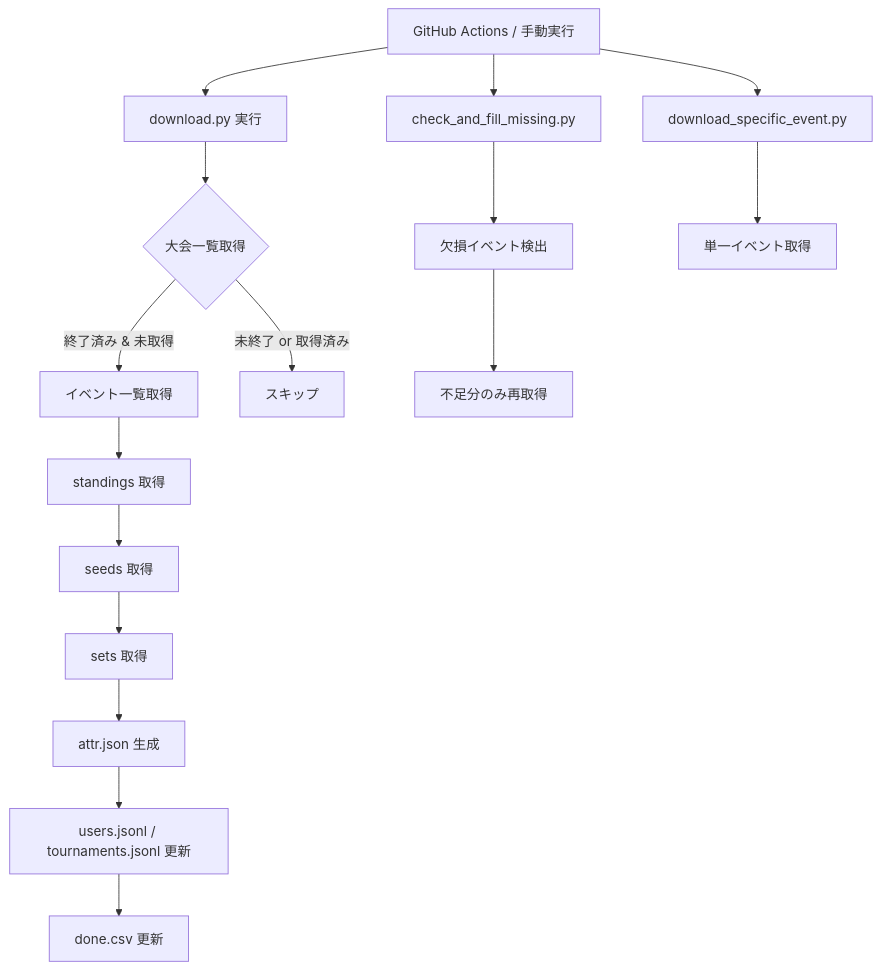
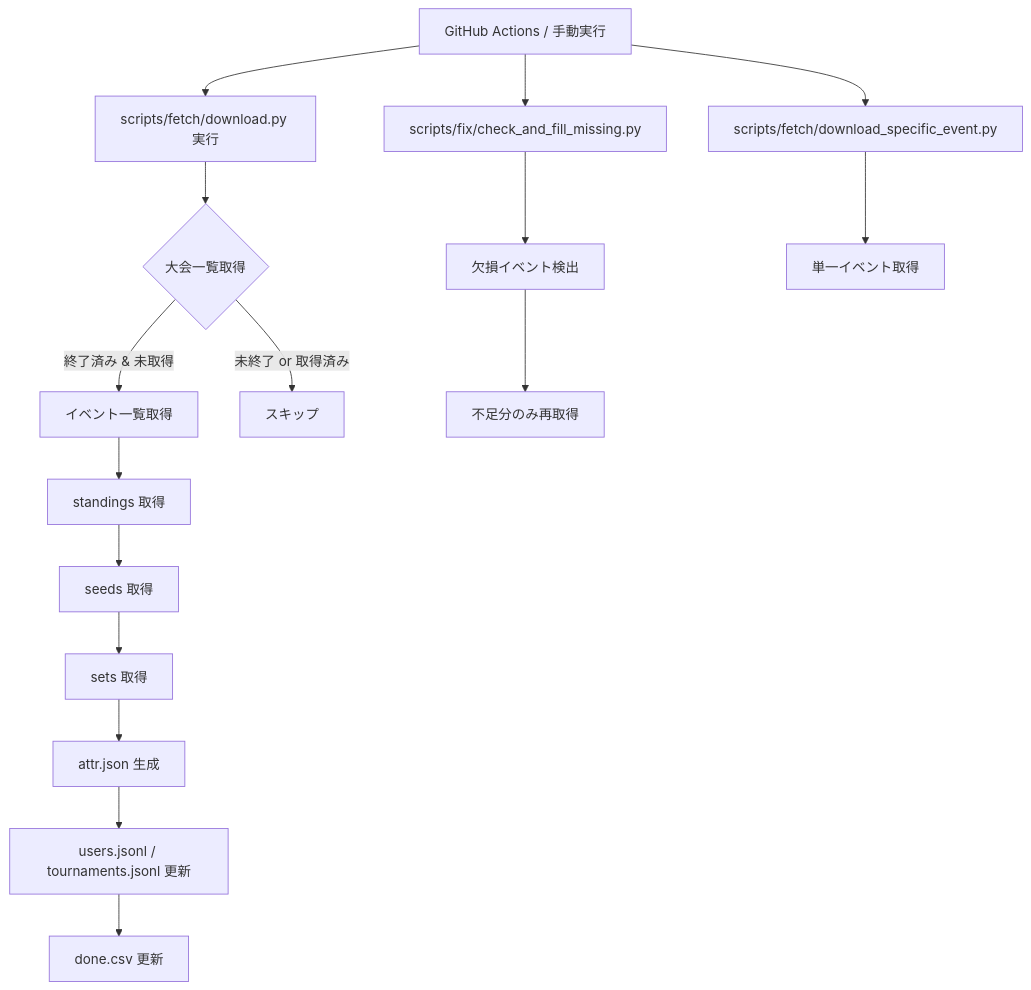
The diagram in Document/flow.md (tosakazu/smash_database), drawn with Mermaid before and after one commit. The commit also changed other lines of this file and 15 other files, not shown here.

````diff
--- a/Document/flow.md
+++ b/Document/flow.md
@@ -4,21 +4,21 @@
 ```mermaid
 flowchart TD
-    A[GitHub Actions / 手動実行] --> B[download.py 実行]
+    A[GitHub Actions / 手動実行] --> B[scripts/fetch/download.py 実行]
     B --> C{大会一覧取得}
     C -->|終了済み & 未取得| D[イベント一覧取得]
     D --> E[standings 取得]
     E --> F[seeds 取得]
     F --> G[sets 取得]
     G --> H[attr.json 生成]
     H --> I[users.jsonl / tournaments.jsonl 更新]
     I --> J[done.csv 更新]
 
     C -->|未終了 or 取得済み| K[スキップ]
 
-    A --> L[check_and_fill_missing.py]
+    A --> L[scripts/fix/check_and_fill_missing.py]
     L --> M[欠損イベント検出]
     M --> N[不足分のみ再取得]
 
-    A --> O[download_specific_event.py]
+    A --> O[scripts/fetch/download_specific_event.py]
     O --> P[単一イベント取得]
 ```
````
